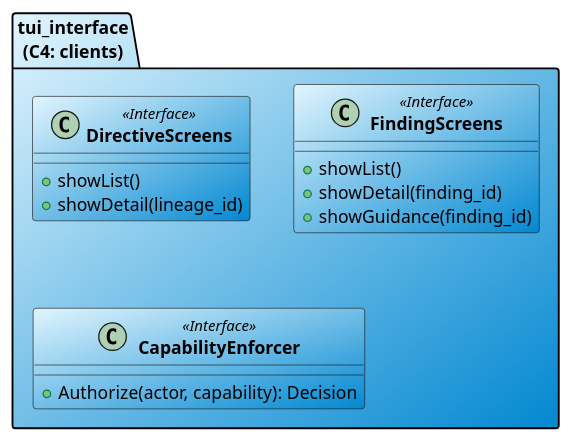
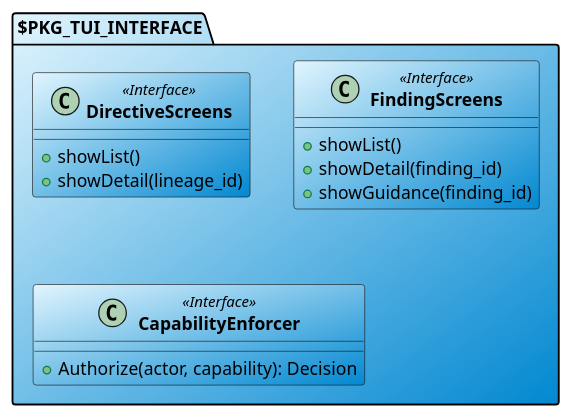
One commit to salimnamvar/selma changed the diagram in docs/class/common/cd_section_iface_tui.puml. Above: the diagram before and after it, drawn with PlantUML. The commit also changed 35 other files, not shown here.

```diff
--- a/docs/class/common/cd_section_iface_tui.puml
+++ b/docs/class/common/cd_section_iface_tui.puml
@@ -1,23 +1,23 @@
 ' Section: cd_section_iface_tui.puml
 
-package "tui_interface\n(C4: clients)" as IF_TUI #E1F5FE/0288D1 {
+package "$PKG_TUI_INTERFACE" as IF_TUI #E1F5FE/0288D1 {
 
   class "**DirectiveScreens**" as DirectiveScreens <<Interface>> #E1F5FE/0288D1 {
     + showList()
     + showDetail(lineage_id)
   }
 
   class "**FindingScreens**" as FindingScreens <<Interface>> #E1F5FE/0288D1 {
     + showList()
     + showDetail(finding_id)
     + showGuidance(finding_id)
   }
 
   class "**CapabilityEnforcer**" as TuiCapabilityEnforcer <<Interface>> #E1F5FE/0288D1 {
     + Authorize(actor, capability): Decision
   }
 }
 
 ' ═══════════════════════════════════════════════════════════
 '  composition_root
 ' ═══════════════════════════════════════════════════════════
```
